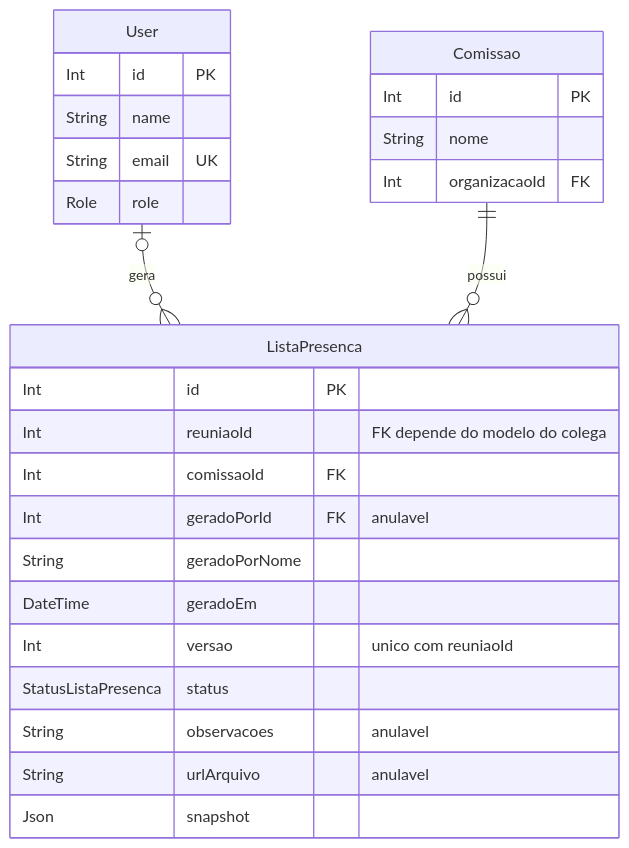
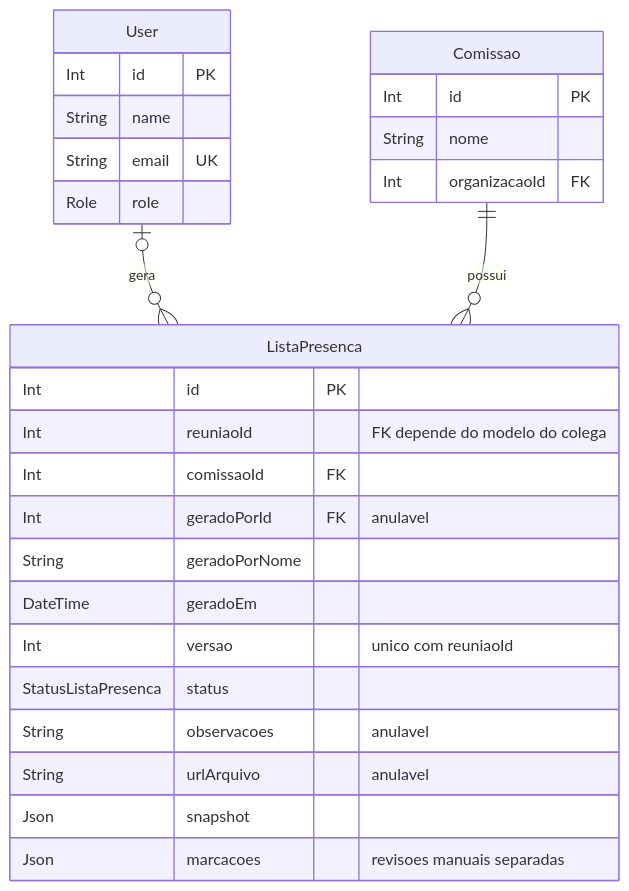
The fourth of 7 diagrams in documentos/entrega3_Di2/lista_presenca.md (MiguelIFSP/BRTPDS2-PROJETO-E-DESENVOLVIMENTO-DE-SISTEMAS-2), drawn with Mermaid before and after one commit. The commit also changed other lines of this file and 29 other files, not shown here.

````diff
--- a/documentos/entrega3_Di2/lista_presenca.md
+++ b/documentos/entrega3_Di2/lista_presenca.md
@@ -334,29 +388,30 @@
 ```mermaid
 erDiagram
     User o|--o{ ListaPresenca : gera
     Comissao ||--o{ ListaPresenca : possui
     User {
         Int id PK
         String name
         String email UK
         Role role
     }
     Comissao {
         Int id PK
         String nome
         Int organizacaoId FK
     }
     ListaPresenca {
         Int id PK
         Int reuniaoId "FK depende do modelo do colega"
         Int comissaoId FK
         Int geradoPorId FK "anulavel"
         String geradoPorNome
         DateTime geradoEm
         Int versao "unico com reuniaoId"
         StatusListaPresenca status
         String observacoes "anulavel"
         String urlArquivo "anulavel"
         Json snapshot
+        Json marcacoes "revisoes manuais separadas"
     }
 ```
````
